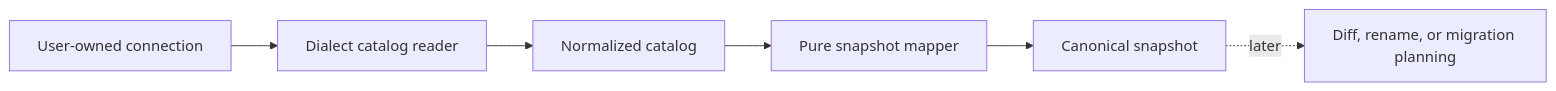
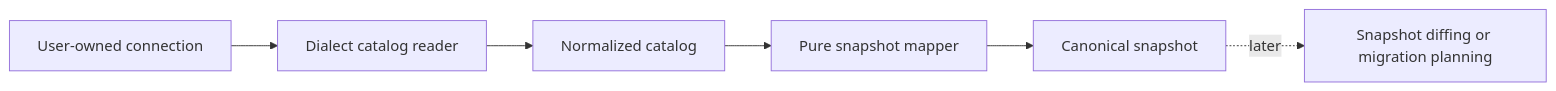
The diagram in docs/schema/introspection.md (aleclarson/qubu), drawn with Mermaid before and after one commit. The commit also changed other lines of this file and 10 other files, not shown here.

````diff
--- a/docs/schema/introspection.md
+++ b/docs/schema/introspection.md
@@ -14,8 +14,8 @@
 ```mermaid
 flowchart LR
   A[User-owned connection] --> B[Dialect catalog reader]
   B --> C[Normalized catalog]
   C --> D[Pure snapshot mapper]
   D --> E[Canonical snapshot]
-  E -. later .-> F[Diff, rename, or migration planning]
+  E -. later .-> F[Snapshot diffing or migration planning]
 ```
````
